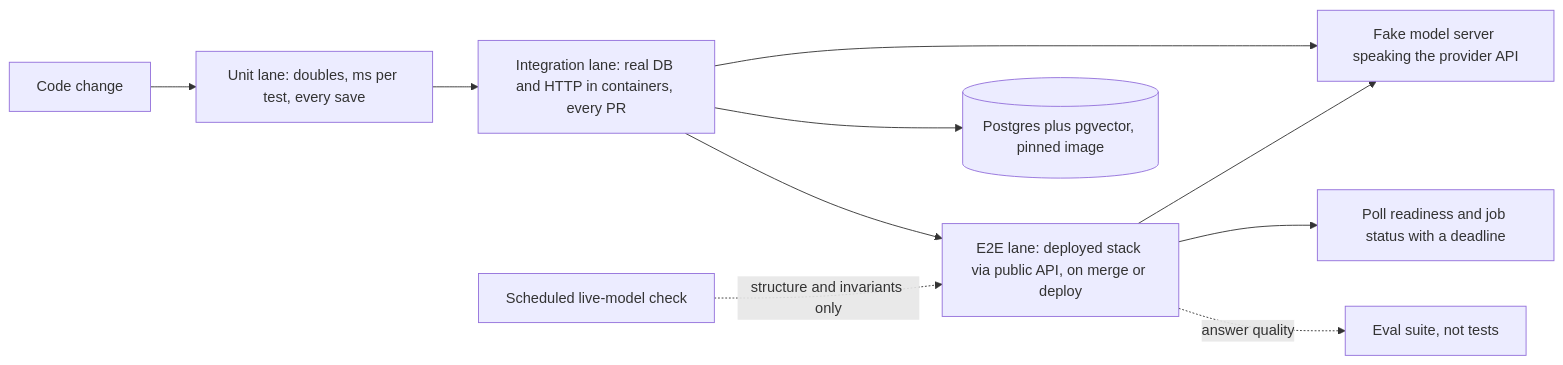
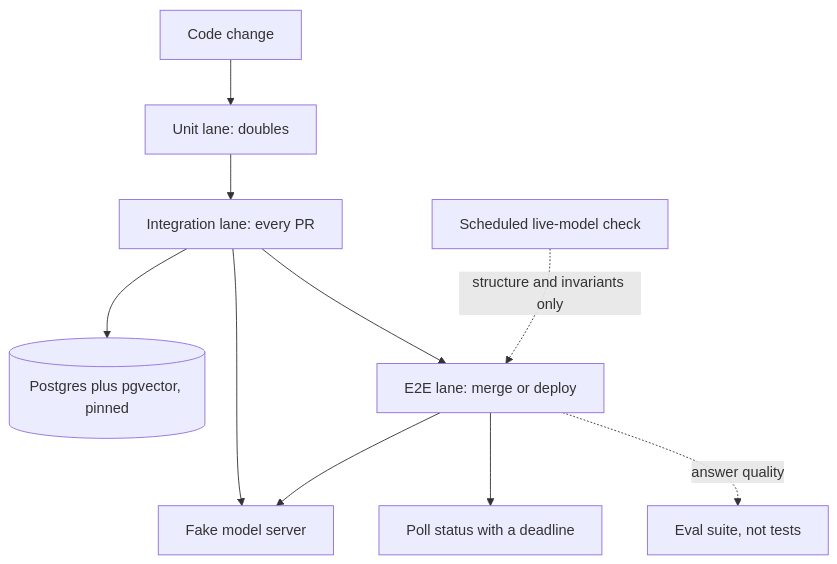
The diagram in content/python-for-ai/integration-and-end-to-end-testing.md (lovishmahajan97/agentic-learning), drawn with Mermaid before and after one commit. The commit also changed other lines of this file and 454 other files, not shown here.

````diff
--- a/content/python-for-ai/integration-and-end-to-end-testing.md
+++ b/content/python-for-ai/integration-and-end-to-end-testing.md
@@ -135,12 +137,12 @@
 ```mermaid
-flowchart LR
-    C["Code change"] --> U["Unit lane: doubles, ms per test, every save"]
-    U --> I["Integration lane: real DB and HTTP in containers, every PR"]
-    I --> E["E2E lane: deployed stack via public API, on merge or deploy"]
-    I --> PG[("Postgres plus pgvector, pinned image")]
-    I --> FM["Fake model server speaking the provider API"]
+flowchart TD
+    C["Code change"] --> U["Unit lane: doubles"]
+    U --> I["Integration lane: every PR"]
+    I --> PG[("Postgres plus pgvector, pinned")]
+    I --> FM["Fake model server"]
+    I --> E["E2E lane: merge or deploy"]
     E --> FM
-    E --> RD["Poll readiness and job status with a deadline"]
+    E --> RD["Poll status with a deadline"]
     S["Scheduled live-model check"] -.->|"structure and invariants only"| E
     E -.->|"answer quality"| EV["Eval suite, not tests"]
 ```
````
